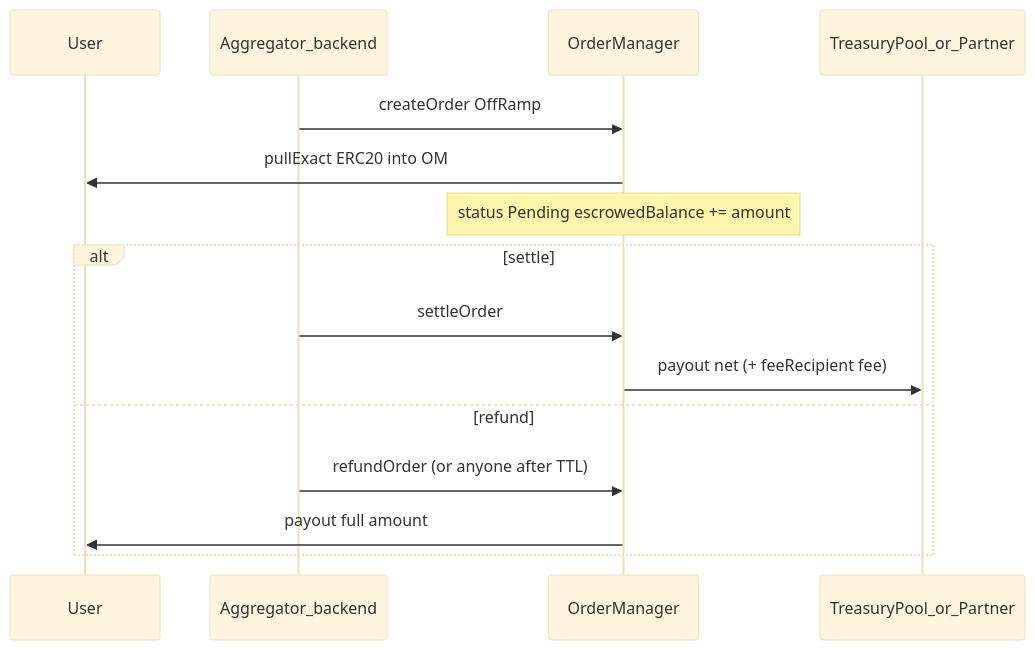
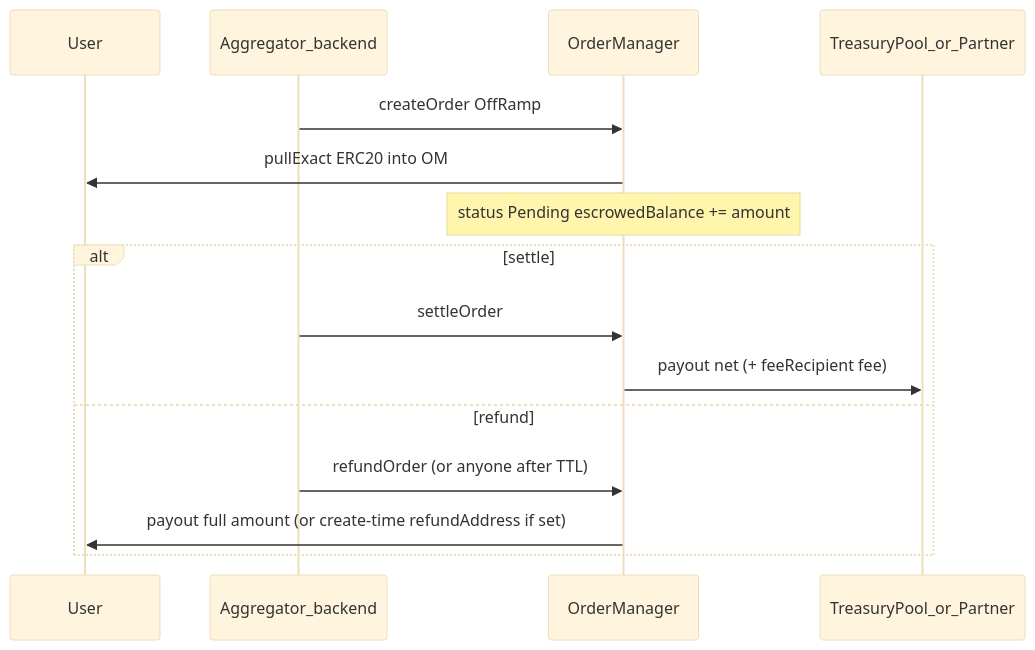
One commit to elementpayHQ/ElementFlow changed the third of 4 diagrams in docs/MULTICHAIN.md. Above: the diagram before and after it, drawn with Mermaid (base theme). The commit also changed other lines of this file and 8 other files, not shown here.

First line of the commit message:
feat(OM): create-time refundAddress for OffRamp + gated upgrade CI

````diff
--- a/docs/MULTICHAIN.md
+++ b/docs/MULTICHAIN.md
@@ -103,18 +118,18 @@
 ```mermaid
 sequenceDiagram
   participant User
   participant Backend as Aggregator_backend
   participant OM as OrderManager
   participant Adapter as TreasuryPool_or_Partner
 
   Backend->>OM: createOrder OffRamp
   OM->>User: pullExact ERC20 into OM
   Note over OM: status Pending escrowedBalance += amount
   alt settle
     Backend->>OM: settleOrder
     OM->>Adapter: payout net (+ feeRecipient fee)
   else refund
     Backend->>OM: refundOrder (or anyone after TTL)
-    OM->>User: payout full amount
+    OM->>User: payout full amount (or create-time refundAddress if set)
   end
 ```
````
